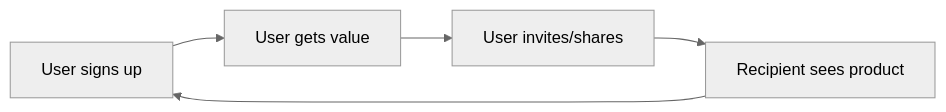
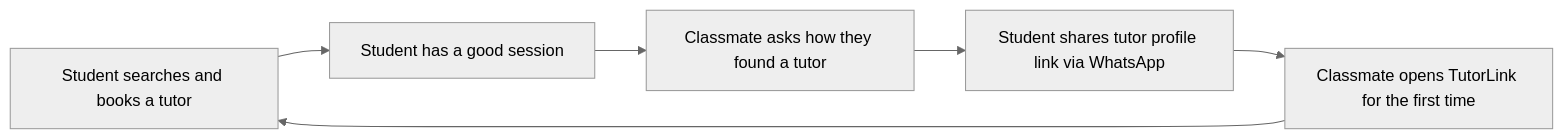
The diagram in Lab-8/templates/loops-and-moats-template.md (ninotsutskiridze30-svg/product-capstone-2026), drawn with Mermaid (neutral theme) before and after one commit. The commit also changed other lines of this file and 2 other files, not shown here.

````diff
--- a/Lab-8/templates/loops-and-moats-template.md
+++ b/Lab-8/templates/loops-and-moats-template.md
@@ -26,7 +22,8 @@
 ```mermaid
 graph LR
-  A[User signs up] --> B[User gets value]
-  B --> C[User invites/shares]
-  C --> D[Recipient sees product]
-  D --> A
+  A[Student searches and books a tutor] --> B[Student has a good session]
+  B --> C[Classmate asks how they found a tutor]
+  C --> D[Student shares tutor profile link via WhatsApp]
+  D --> E[Classmate opens TutorLink for the first time]
+  E --> A
 ```
````
